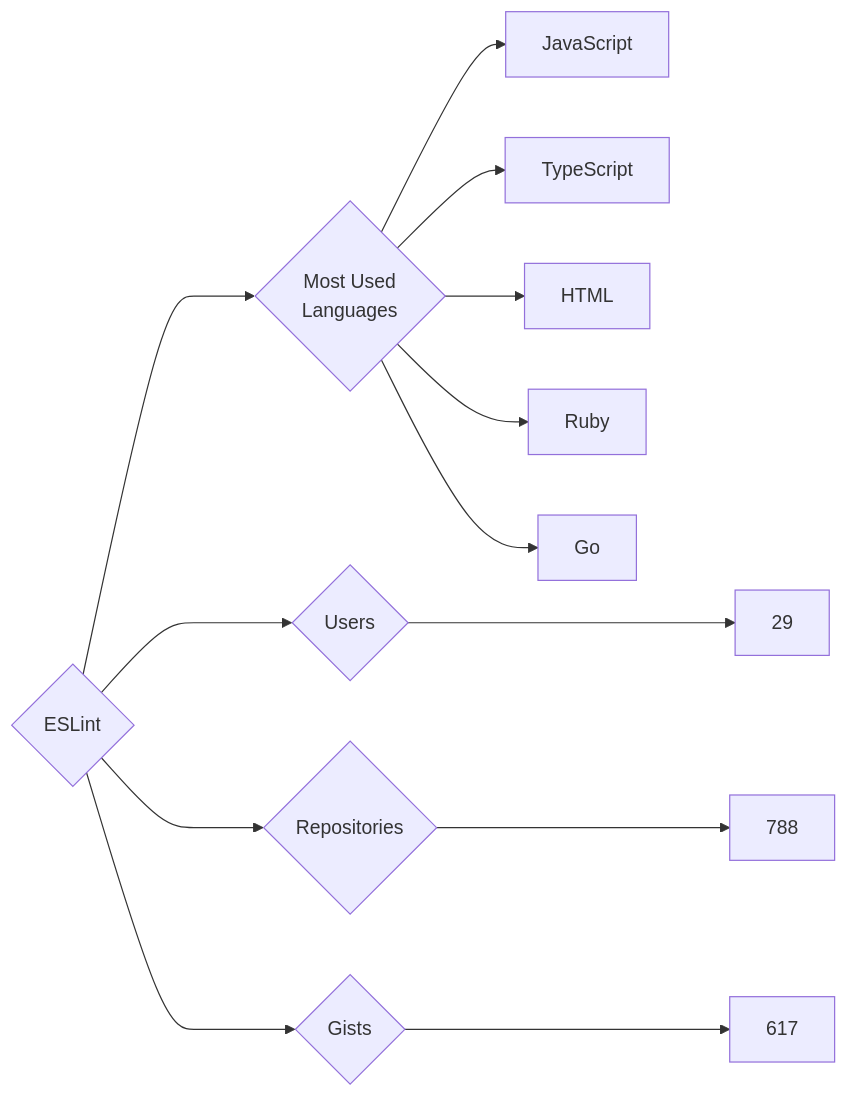
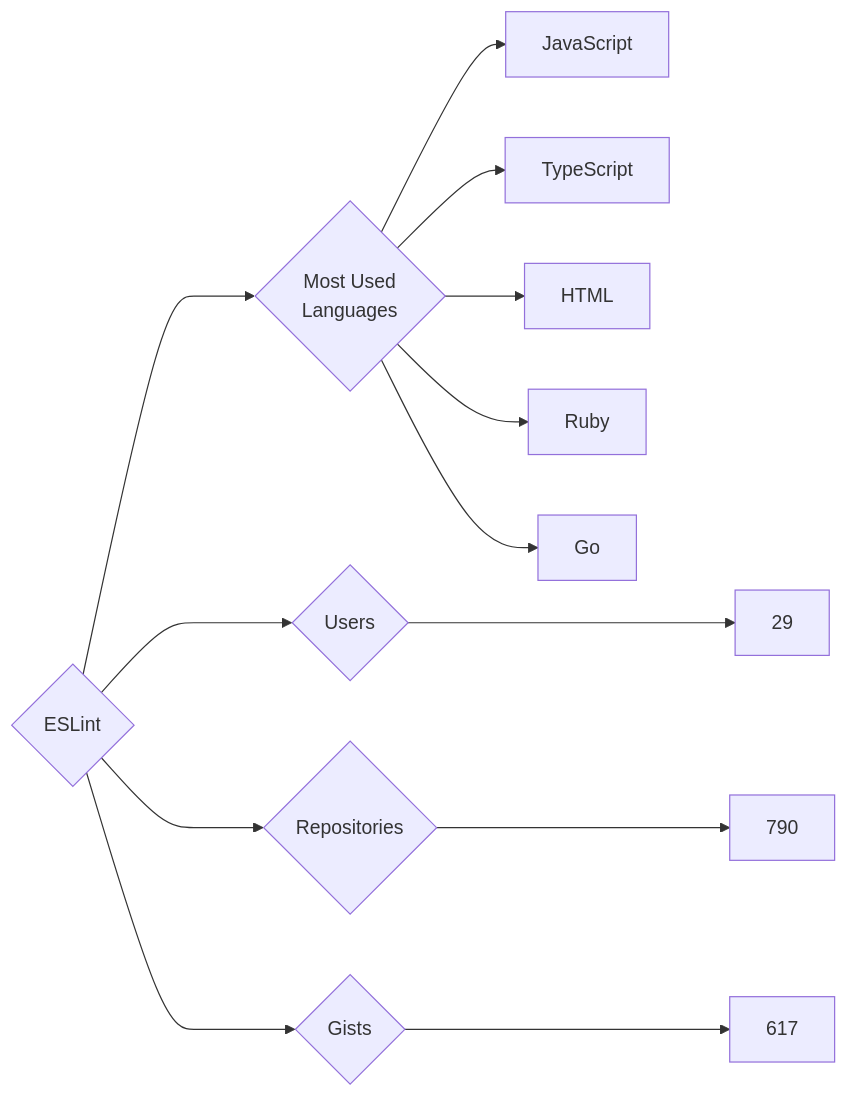
One commit to trickest/insiders changed the diagram in targets/ESLint/README.md. Above: the diagram before and after it, drawn with Mermaid. The commit also changed 611 other files, not shown here.

````diff
--- a/targets/ESLint/README.md
+++ b/targets/ESLint/README.md
@@ -3,13 +3,13 @@
 ```mermaid
 graph LR
 COMPANY_NAME{ESLint}
 COMPANY_NAME ---> U{Users} ---> UN[29]
-COMPANY_NAME ---> R{Repositories} ---> RN[788]
+COMPANY_NAME ---> R{Repositories} ---> RN[790]
 COMPANY_NAME ---> G{Gists} ---> GN[617]
 COMPANY_NAME ---> ML{Most Used<br>Languages}
 ML --> JavaScript[JavaScript]
 ML --> TypeScript[TypeScript]
 ML --> HTML[HTML]
 ML --> Ruby[Ruby]
 ML --> Go[Go]
 ```
````
